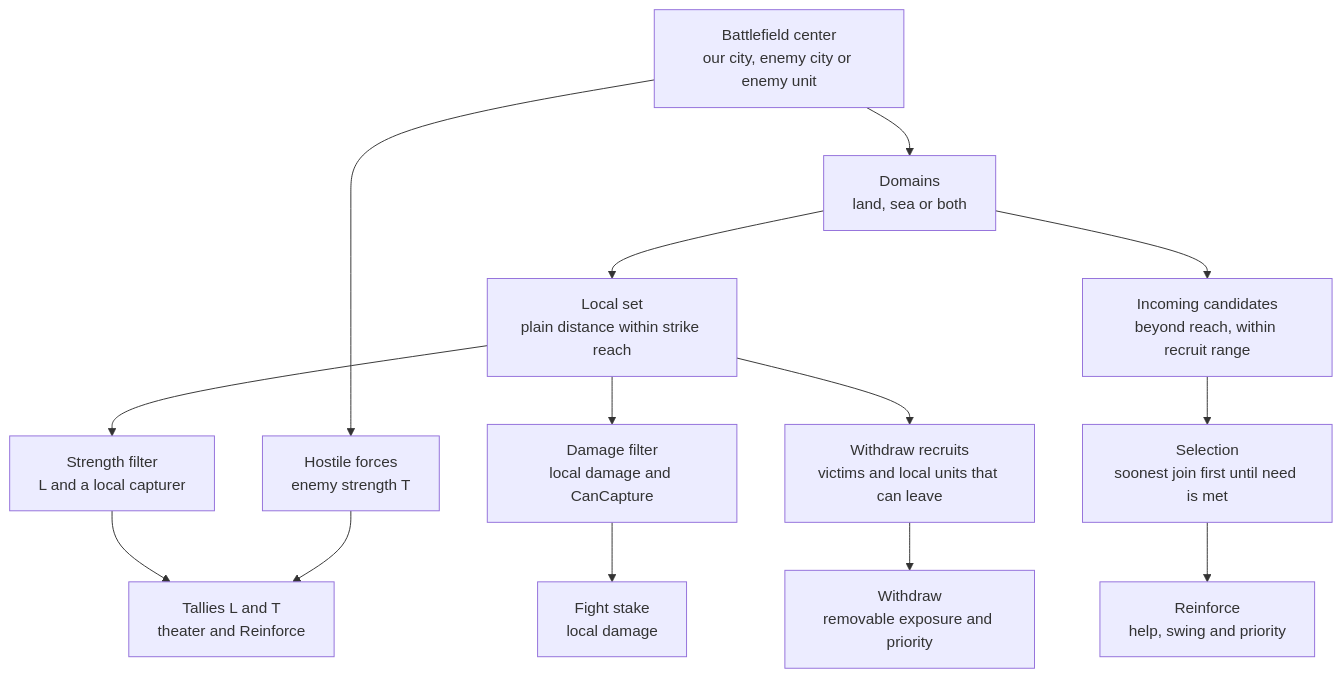
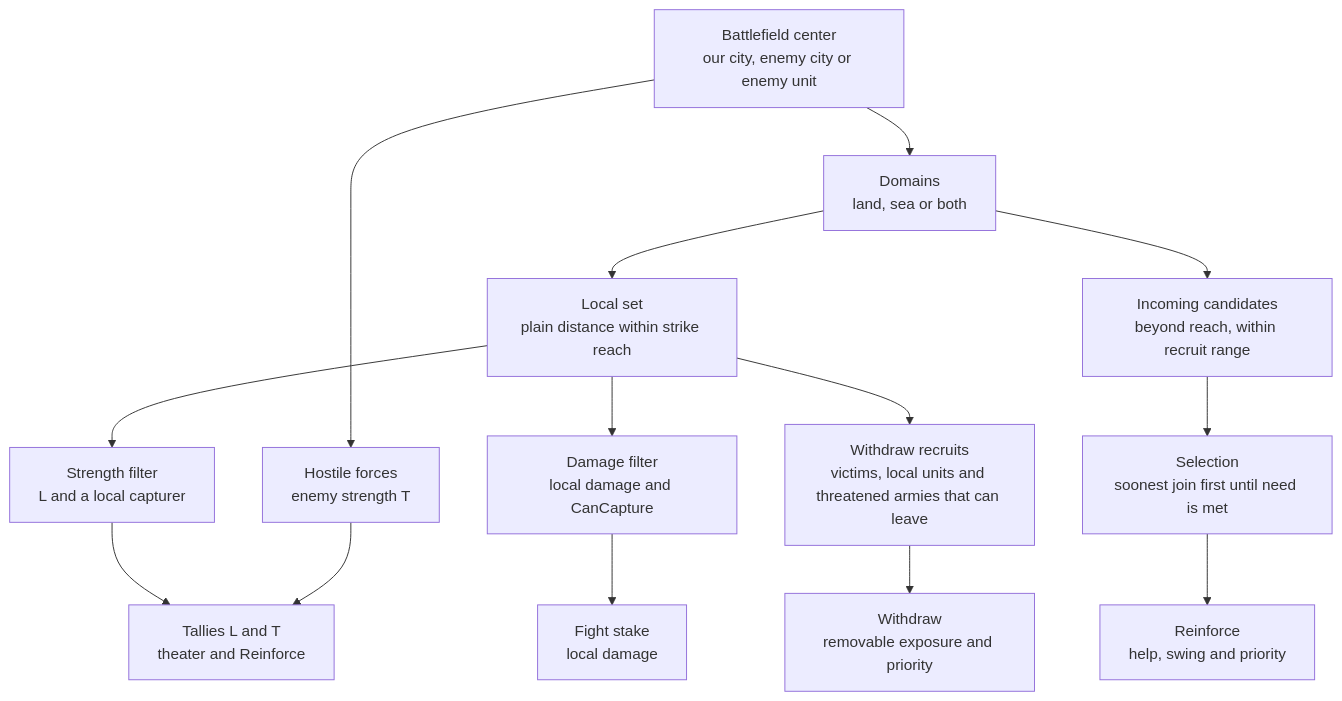
One commit to vox-deorum/vox-deorum changed the diagram in docs/developers/civ5-dll/unit-ai/commands/recruitment.md. Above: the diagram before and after it, drawn with Mermaid. The commit also changed other lines of this file and 12 other files, not shown here.

````diff
--- a/docs/developers/civ5-dll/unit-ai/commands/recruitment.md
+++ b/docs/developers/civ5-dll/unit-ai/commands/recruitment.md
@@ -7,16 +7,16 @@
 ```mermaid
 flowchart TD
     C["Battlefield center<br/>our city, enemy city or enemy unit"] --> D["Domains<br/>land, sea or both"]
     D --> L["Local set<br/>plain distance within strike reach"]
     L --> S["Strength filter<br/>L and a local capturer"]
     L --> M["Damage filter<br/>local damage and CanCapture"]
     D --> I["Incoming candidates<br/>beyond reach, within recruit range"]
     I --> SEL["Selection<br/>soonest join first until need is met"]
     S --> T["Tallies L and T<br/>theater and Reinforce"]
     C --> H["Hostile forces<br/>enemy strength T"]
     H --> T
     M --> F["Fight stake<br/>local damage"]
     SEL --> R["Reinforce<br/>help, swing and priority"]
-    L --> W["Withdraw recruits<br/>victims and local units that can leave"]
+    L --> W["Withdraw recruits<br/>victims, local units and threatened armies that can leave"]
     W --> WD["Withdraw<br/>removable exposure and priority"]
 ```
````
